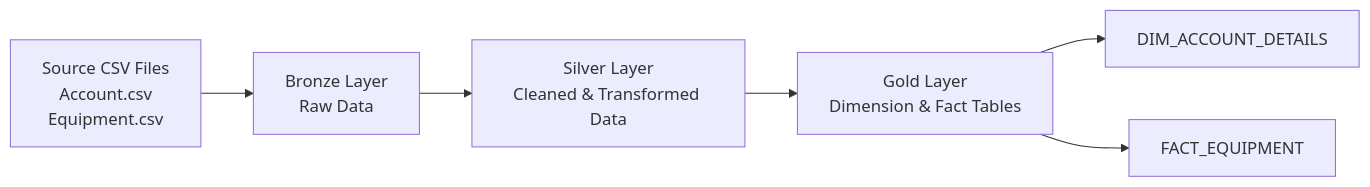
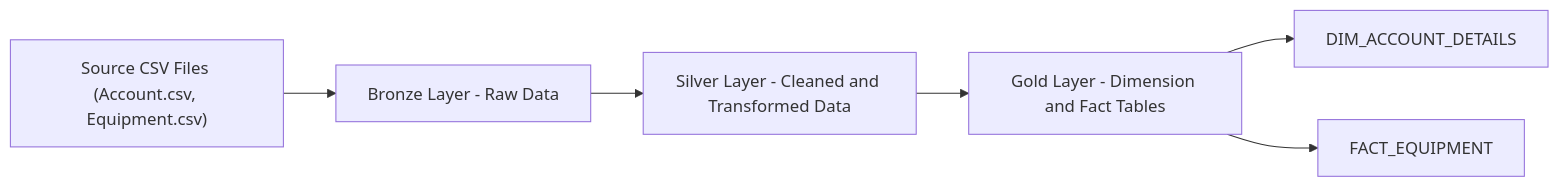
Before and after one commit to tuba-qureshi/logistics-data-engineering: the diagram in README.md, drawn with Mermaid. The commit also changed other lines of this file, not shown here.

````diff
--- a/README.md
+++ b/README.md
@@ -20,14 +20,15 @@
 ```mermaid
 flowchart LR
-    A["Source CSV Files<br/>Account.csv<br/>Equipment.csv"]
-    B["Bronze Layer<br/>Raw Data"]
-    C["Silver Layer<br/>Cleaned & Transformed Data"]
-    D["Gold Layer<br/>Dimension & Fact Tables"]
+    A["Source CSV Files (Account.csv, Equipment.csv)"]
+    B["Bronze Layer - Raw Data"]
+    C["Silver Layer - Cleaned and Transformed Data"]
+    D["Gold Layer - Dimension and Fact Tables"]
+    E["DIM_ACCOUNT_DETAILS"]
+    F["FACT_EQUIPMENT"]
 
     A --> B
     B --> C
     C --> D
-
-    D --> E["DIM_ACCOUNT_DETAILS"]
-    D --> F["FACT_EQUIPMENT"]
+    D --> E
+    D --> F
 ```
````
